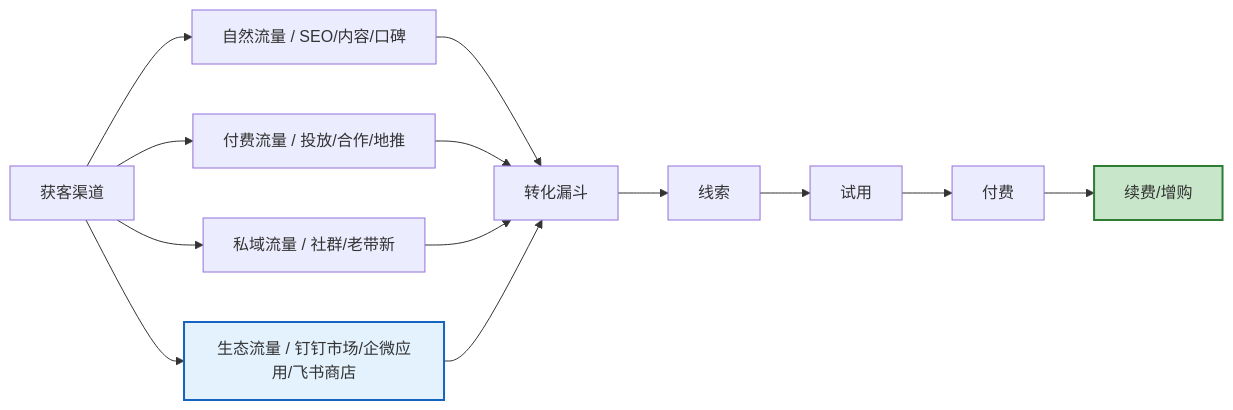
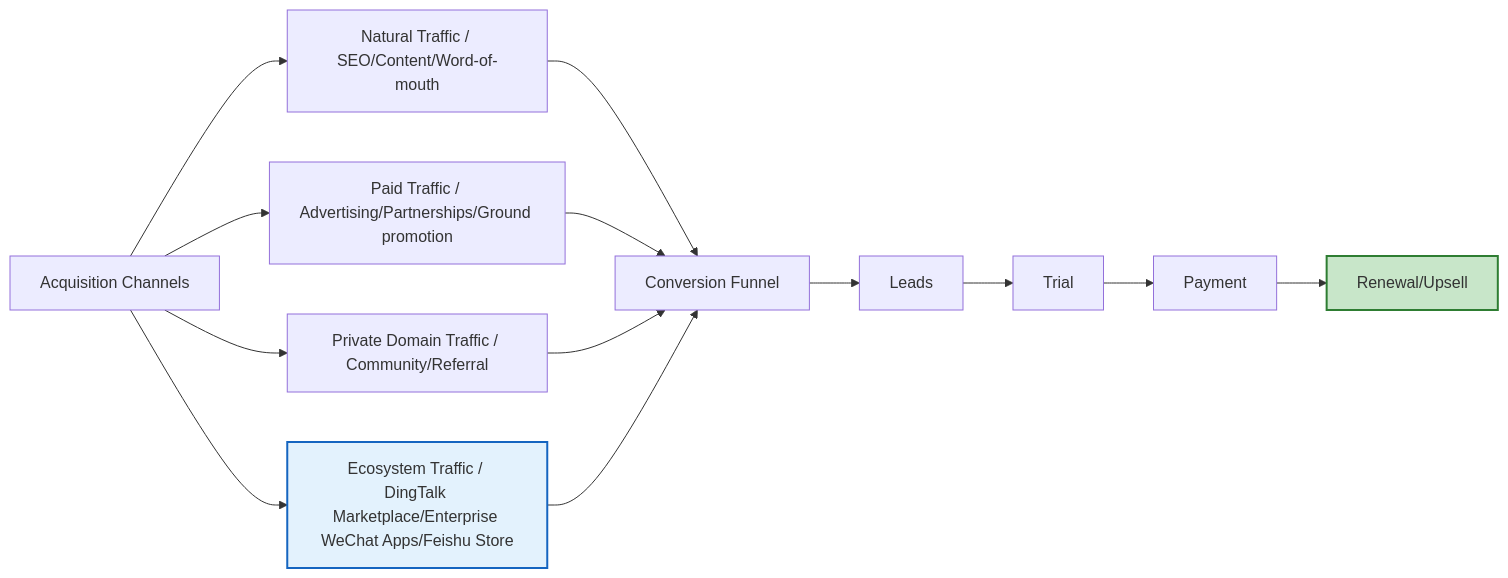
Diagram 11 of 17 in templates/产品/战略层/【模板】市场需求文档.md (Kirky-X/cangjie), drawn with Mermaid before and after one commit. The commit also changed other lines of this file and 60 other files, not shown here.

````diff
--- a/templates/产品/战略层/【模板】市场需求文档.md
+++ b/templates/产品/战略层/【模板】市场需求文档.md
@@ -551,20 +515,20 @@
 ```mermaid
 graph LR
-    A[获客渠道] --> B[自然流量 / SEO/内容/口碑]
-    A --> C[付费流量 / 投放/合作/地推]
-    A --> D[私域流量 / 社群/老带新]
-    A --> E[生态流量 / 钉钉市场/企微应用/飞书商店]
+    A[Acquisition Channels] --> B[Natural Traffic / SEO/Content/Word-of-mouth]
+    A --> C[Paid Traffic / Advertising/Partnerships/Ground promotion]
+    A --> D[Private Domain Traffic / Community/Referral]
+    A --> E[Ecosystem Traffic / DingTalk Marketplace/Enterprise WeChat Apps/Feishu Store]
 
-    B --> F[转化漏斗]
+    B --> F[Conversion Funnel]
     C --> F
     D --> F
     E --> F
 
-    F --> G[线索]
-    G --> H[试用]
-    H --> I[付费]
-    I --> J[续费/增购]
+    F --> G[Leads]
+    G --> H[Trial]
+    H --> I[Payment]
+    I --> J[Renewal/Upsell]
 
     style E fill:#e3f2fd,stroke:#1565c0,stroke-width:2px
     style J fill:#c8e6c9,stroke:#2e7d32,stroke-width:2px
 ```
````
